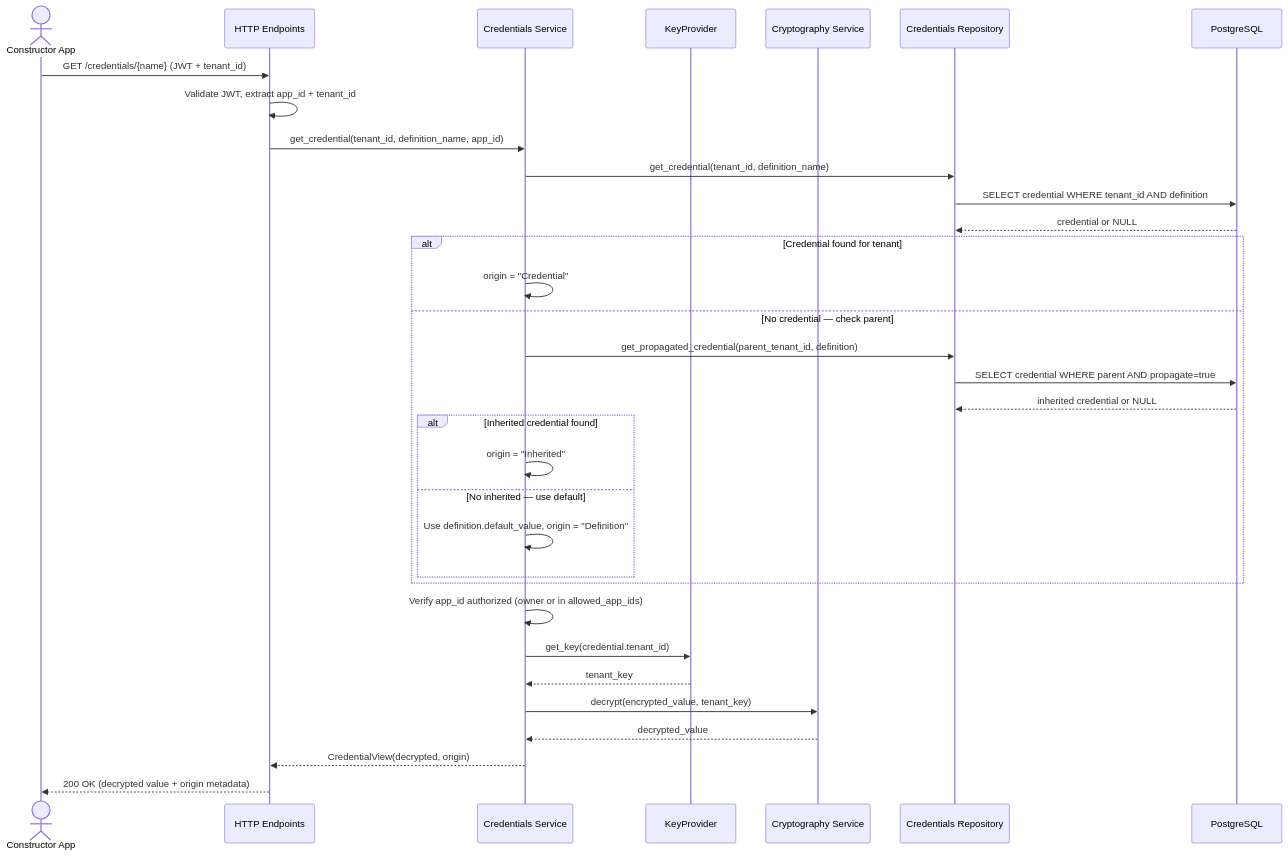
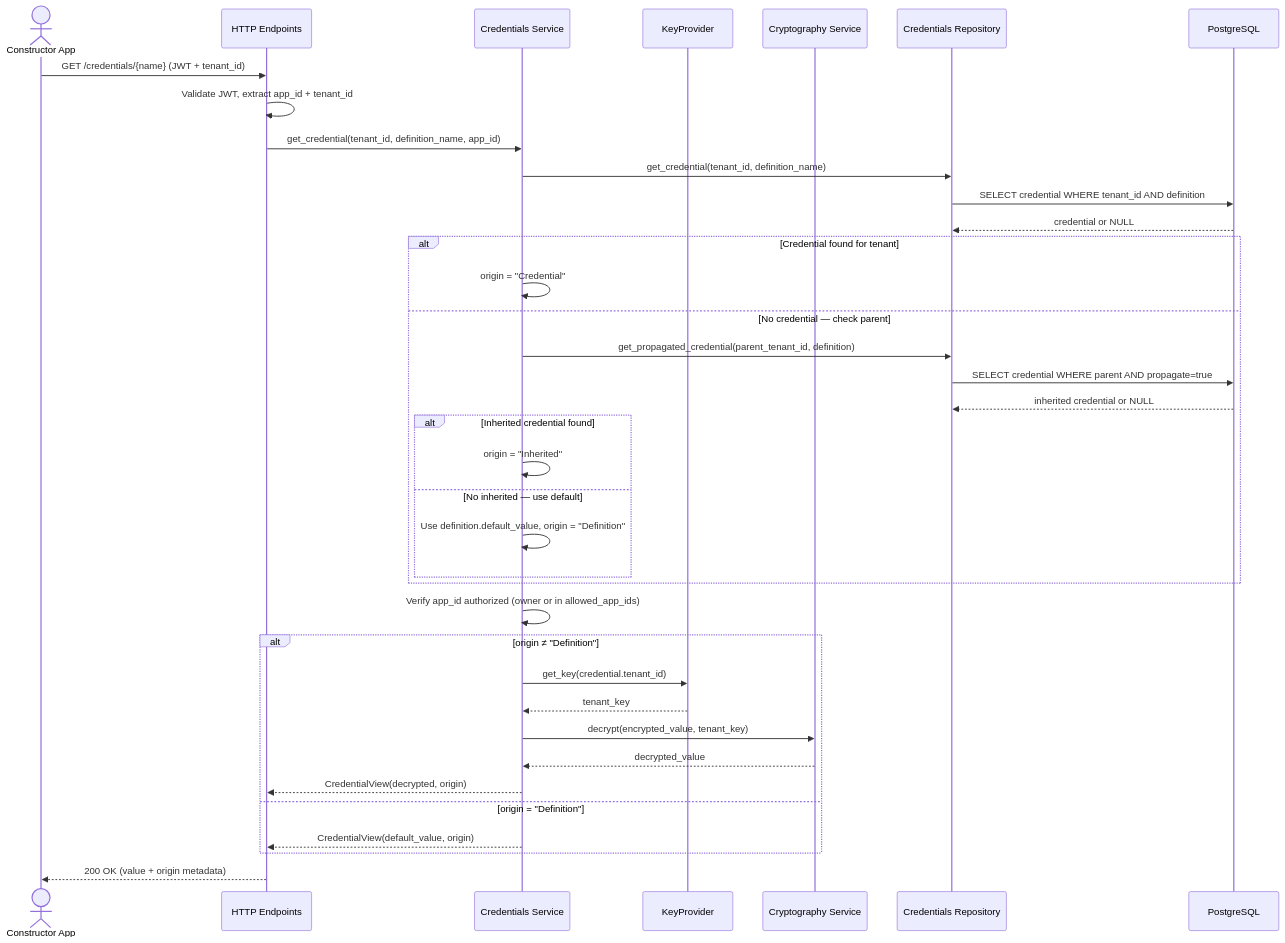
One commit to nullhypothesic/cyberfabric-core changed the third of 4 diagrams in modules/credstore/plugins/credentials-storage/DESIGN.md. Above: the diagram before and after it, drawn with Mermaid.

Commit message:
docs: fix credentials retriaval

````diff
--- a/modules/credstore/plugins/credentials-storage/DESIGN.md
+++ b/modules/credstore/plugins/credentials-storage/DESIGN.md
@@ -529,38 +529,43 @@
 ```mermaid
 sequenceDiagram
     actor App as Constructor App
     participant API as HTTP Endpoints
     participant Svc as Credentials Service
     participant KP as KeyProvider
     participant Crypto as Cryptography Service
     participant Repo as Credentials Repository
     participant DB as PostgreSQL
 
     App->>API: GET /credentials/{name} (JWT + tenant_id)
     API->>API: Validate JWT, extract app_id + tenant_id
     API->>Svc: get_credential(tenant_id, definition_name, app_id)
     Svc->>Repo: get_credential(tenant_id, definition_name)
     Repo->>DB: SELECT credential WHERE tenant_id AND definition
     DB-->>Repo: credential or NULL
 
     alt Credential found for tenant
         Svc->>Svc: origin = "Credential"
     else No credential — check parent
         Svc->>Repo: get_propagated_credential(parent_tenant_id, definition)
         Repo->>DB: SELECT credential WHERE parent AND propagate=true
         DB-->>Repo: inherited credential or NULL
         alt Inherited credential found
             Svc->>Svc: origin = "Inherited"
         else No inherited — use default
             Svc->>Svc: Use definition.default_value, origin = "Definition"
         end
     end
 
     Svc->>Svc: Verify app_id authorized (owner or in allowed_app_ids)
-    Svc->>KP: get_key(credential.tenant_id)
-    KP-->>Svc: tenant_key
-    Svc->>Crypto: decrypt(encrypted_value, tenant_key)
-    Crypto-->>Svc: decrypted_value
-    Svc-->>API: CredentialView(decrypted, origin)
-    API-->>App: 200 OK (decrypted value + origin metadata)
+
+    alt origin ≠ "Definition"
+        Svc->>KP: get_key(credential.tenant_id)
+        KP-->>Svc: tenant_key
+        Svc->>Crypto: decrypt(encrypted_value, tenant_key)
+        Crypto-->>Svc: decrypted_value
+        Svc-->>API: CredentialView(decrypted, origin)
+    else origin = "Definition"
+        Svc-->>API: CredentialView(default_value, origin)
+    end
+    API-->>App: 200 OK (value + origin metadata)
 ```
````
